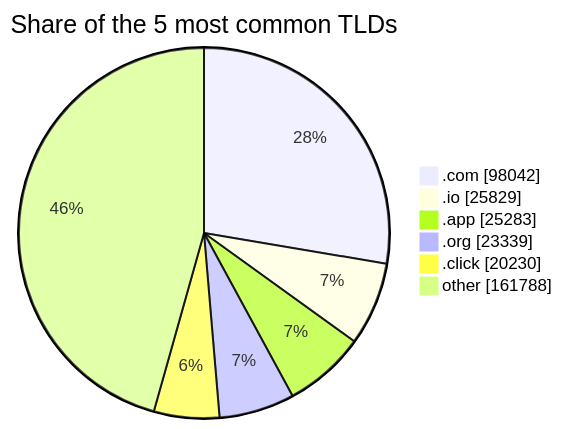
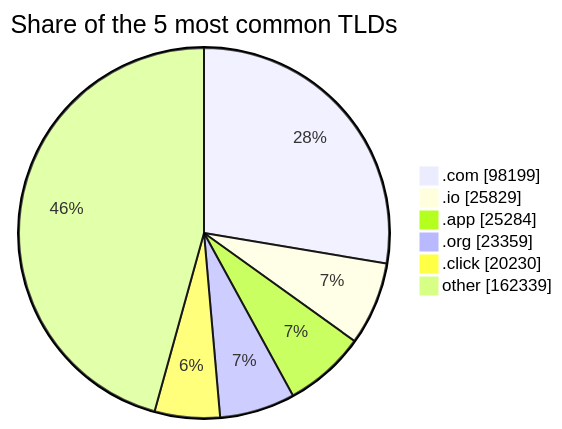
The third of 3 diagrams in README.md (DNSBunker/CTI), drawn with Mermaid before and after one commit. The commit also changed other lines of this file and 3 other files, not shown here.

````diff
--- a/README.md
+++ b/README.md
@@ -81,9 +81,9 @@
 ```mermaid
 pie showData title Share of the 5 most common TLDs
-    ".com" : 98042
+    ".com" : 98199
     ".io" : 25829
-    ".app" : 25283
-    ".org" : 23339
+    ".app" : 25284
+    ".org" : 23359
     ".click" : 20230
-    "other" : 161788
+    "other" : 162339
 ```
````
